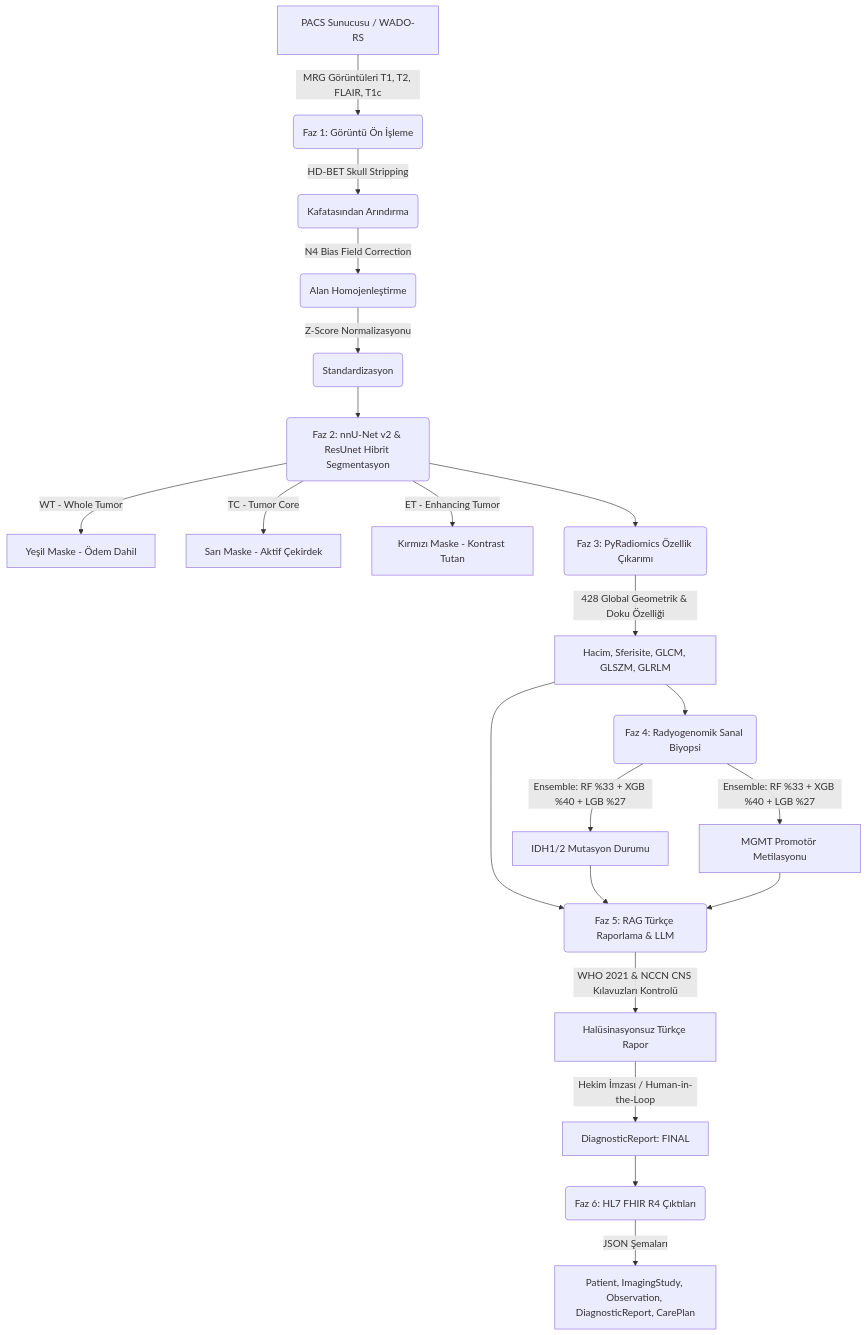
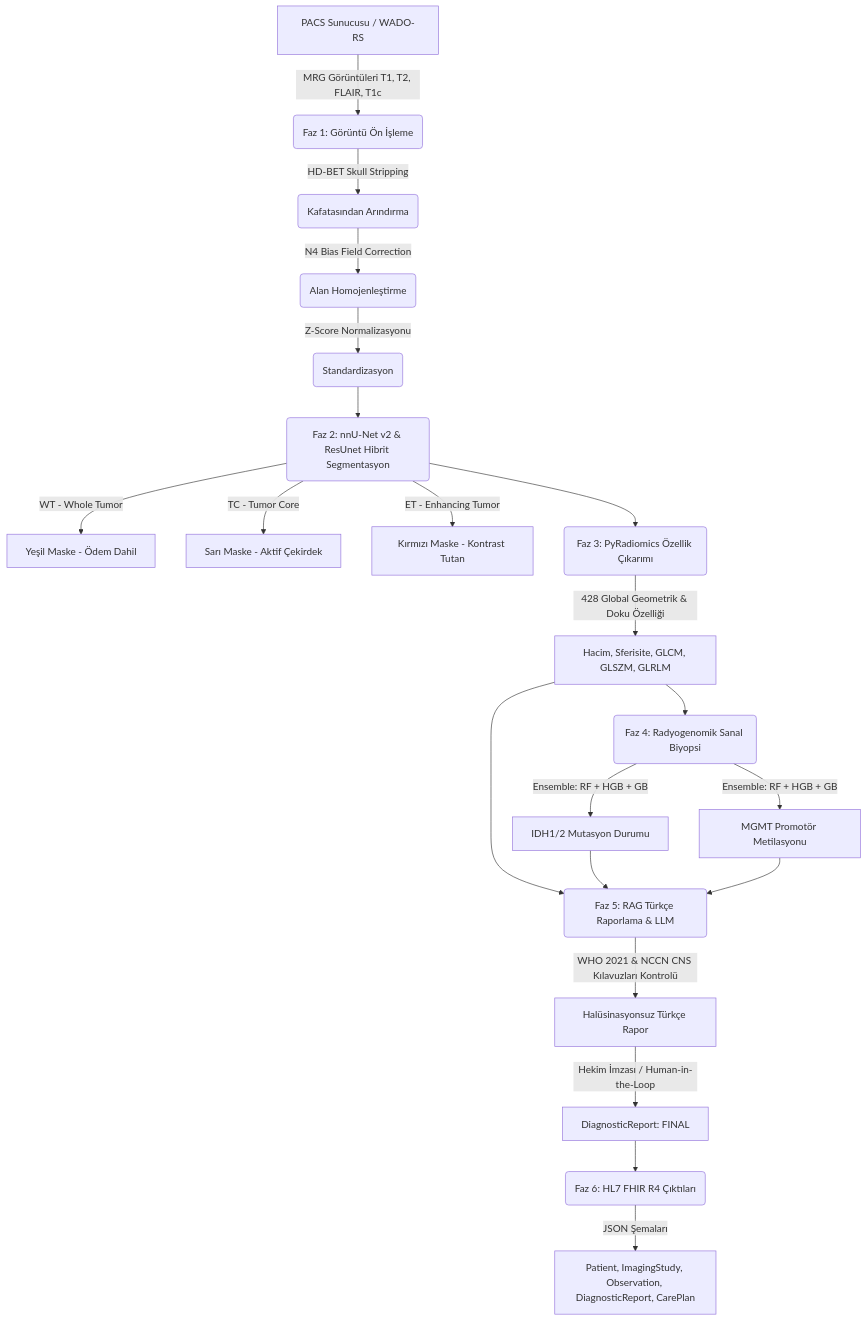
The diagram in README.md (zeynepersoz/NeuroOncoTrackAI), drawn with Mermaid before and after one commit. The commit also changed other lines of this file and 68 other files, not shown here.

````diff
--- a/README.md
+++ b/README.md
@@ -31,26 +95,26 @@
 ```mermaid
 graph TD
     A[PACS Sunucusu / WADO-RS] -->|MRG Görüntüleri T1, T2, FLAIR, T1c| B(Faz 1: Görüntü Ön İşleme)
     B -->|HD-BET Skull Stripping| B1(Kafatasından Arındırma)
     B1 -->|N4 Bias Field Correction| B2(Alan Homojenleştirme)
     B2 -->|Z-Score Normalizasyonu| B3(Standardizasyon)
-    
+
     B3 --> C(Faz 2: nnU-Net v2 & ResUnet Hibrit Segmentasyon)
     C -->|WT - Whole Tumor| C1[Yeşil Maske - Ödem Dahil]
     C -->|TC - Tumor Core| C2[Sarı Maske - Aktif Çekirdek]
     C -->|ET - Enhancing Tumor| C3[Kırmızı Maske - Kontrast Tutan]
-    
+
     C --> D(Faz 3: PyRadiomics Özellik Çıkarımı)
     D -->|428 Global Geometrik & Doku Özelliği| D1[Hacim, Sferisite, GLCM, GLSZM, GLRLM]
-    
+
     D1 --> E(Faz 4: Radyogenomik Sanal Biyopsi)
-    E -->|Ensemble: RF %33 + XGB %40 + LGB %27| E1[IDH1/2 Mutasyon Durumu]
-    E -->|Ensemble: RF %33 + XGB %40 + LGB %27| E2[MGMT Promotör Metilasyonu]
-    
+    E -->|Ensemble: RF + HGB + GB| E1[IDH1/2 Mutasyon Durumu]
+    E -->|Ensemble: RF + HGB + GB| E2[MGMT Promotör Metilasyonu]
+
     D1 & E1 & E2 --> F(Faz 5: RAG Türkçe Raporlama & LLM)
     F -->|WHO 2021 & NCCN CNS Kılavuzları Kontrolü| F1[Halüsinasyonsuz Türkçe Rapor]
     F1 -->|Hekim İmzası / Human-in-the-Loop| F2[DiagnosticReport: FINAL]
-    
+
     F2 --> G(Faz 6: HL7 FHIR R4 Çıktıları)
     G -->|JSON Şemaları| G1[Patient, ImagingStudy, Observation, DiagnosticReport, CarePlan]
 ```
````
